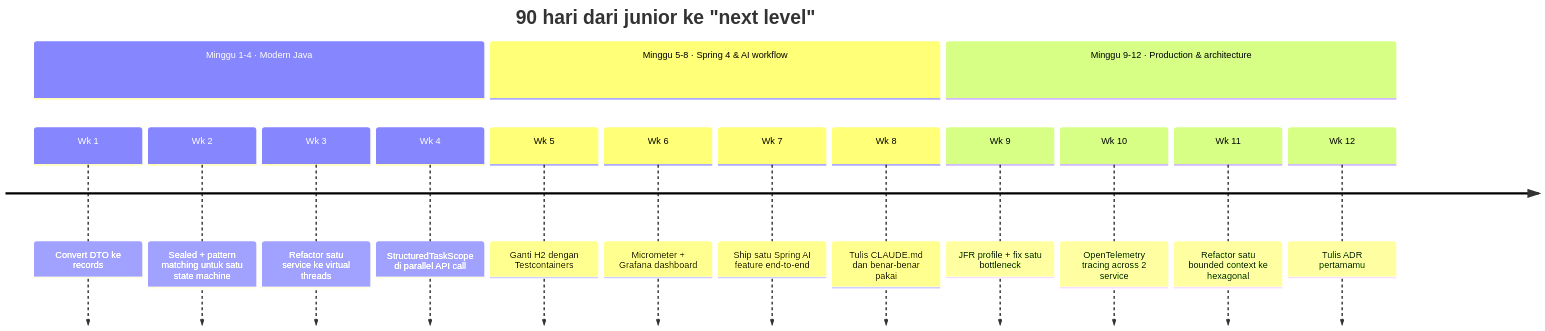
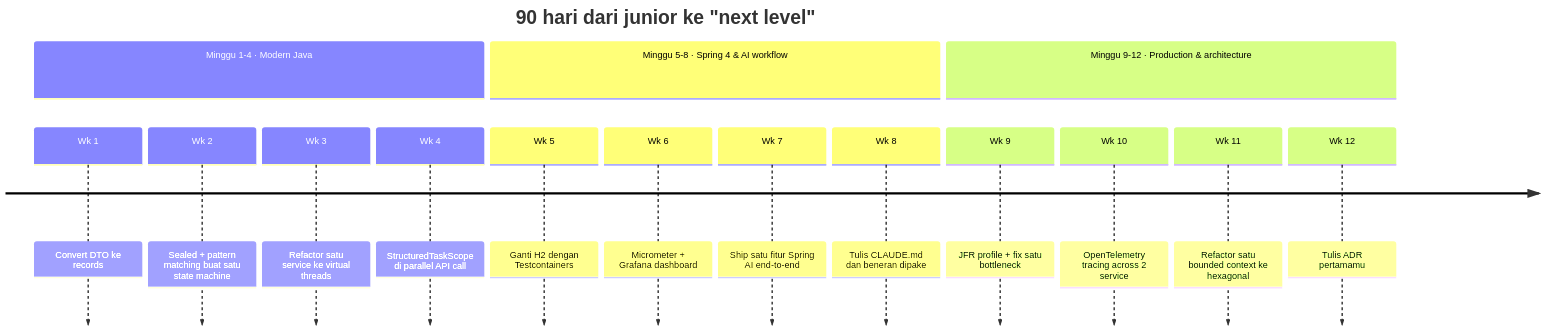
Before and after one commit to hanafifirman11/hanafifirman11.github.io: the fifth of 5 diagrams in src/content/blog/java-roadmap-ai-era/id.md, drawn with Mermaid. The commit also changed other lines of this file and 1 other file, not shown here.

````diff
--- a/src/content/blog/java-roadmap-ai-era/id.md
+++ b/src/content/blog/java-roadmap-ai-era/id.md
@@ -294,19 +294,19 @@
 ```mermaid
 timeline
     title 90 hari dari junior ke "next level"
     section Minggu 1-4 · Modern Java
       Wk 1 : Convert DTO ke records
-      Wk 2 : Sealed + pattern matching untuk satu state machine
+      Wk 2 : Sealed + pattern matching buat satu state machine
       Wk 3 : Refactor satu service ke virtual threads
       Wk 4 : StructuredTaskScope di parallel API call
     section Minggu 5-8 · Spring 4 & AI workflow
       Wk 5 : Ganti H2 dengan Testcontainers
       Wk 6 : Micrometer + Grafana dashboard
-      Wk 7 : Ship satu Spring AI feature end-to-end
-      Wk 8 : Tulis CLAUDE.md dan benar-benar pakai
+      Wk 7 : Ship satu fitur Spring AI end-to-end
+      Wk 8 : Tulis CLAUDE.md dan beneran dipake
     section Minggu 9-12 · Production & architecture
       Wk 9 : JFR profile + fix satu bottleneck
       Wk 10 : OpenTelemetry tracing across 2 service
       Wk 11 : Refactor satu bounded context ke hexagonal
       Wk 12 : Tulis ADR pertamamu
 ```
````
